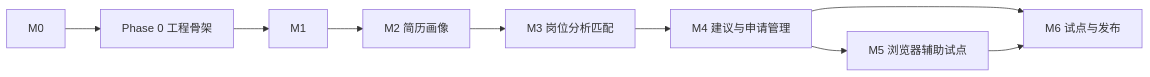
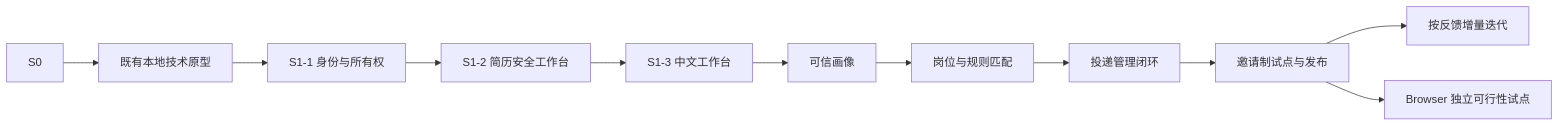
Before and after one commit to jayoffans/OfferPilot: the diagram in docs/roadmap.md, drawn with Mermaid. The commit also changed other lines of this file and 85 other files, not shown here.

````diff
--- a/docs/roadmap.md
+++ b/docs/roadmap.md
@@ -64,11 +122,13 @@
 ```mermaid
 flowchart LR
-    M0 --> P0[Phase 0 工程骨架]
-    P0 --> M1
-    M1 --> M2[M2 简历画像]
-    M2 --> M3[M3 岗位分析匹配]
-    M3 --> M4[M4 建议与申请管理]
-    M4 --> M5[M5 浏览器辅助试点]
-    M4 --> M6[M6 试点与发布]
-    M5 --> M6
+    S0 --> P0[既有本地技术原型]
+    P0 --> S11[S1-1 身份与所有权]
+    S11 --> S12[S1-2 简历安全工作台]
+    S12 --> S13[S1-3 中文工作台]
+    S13 --> S2[可信画像]
+    S2 --> S3[岗位与规则匹配]
+    S3 --> S4[投递管理闭环]
+    S4 --> S5[邀请制试点与发布]
+    S5 --> S6[按反馈增量迭代]
+    S5 --> S7[Browser 独立可行性试点]
 ```
````
